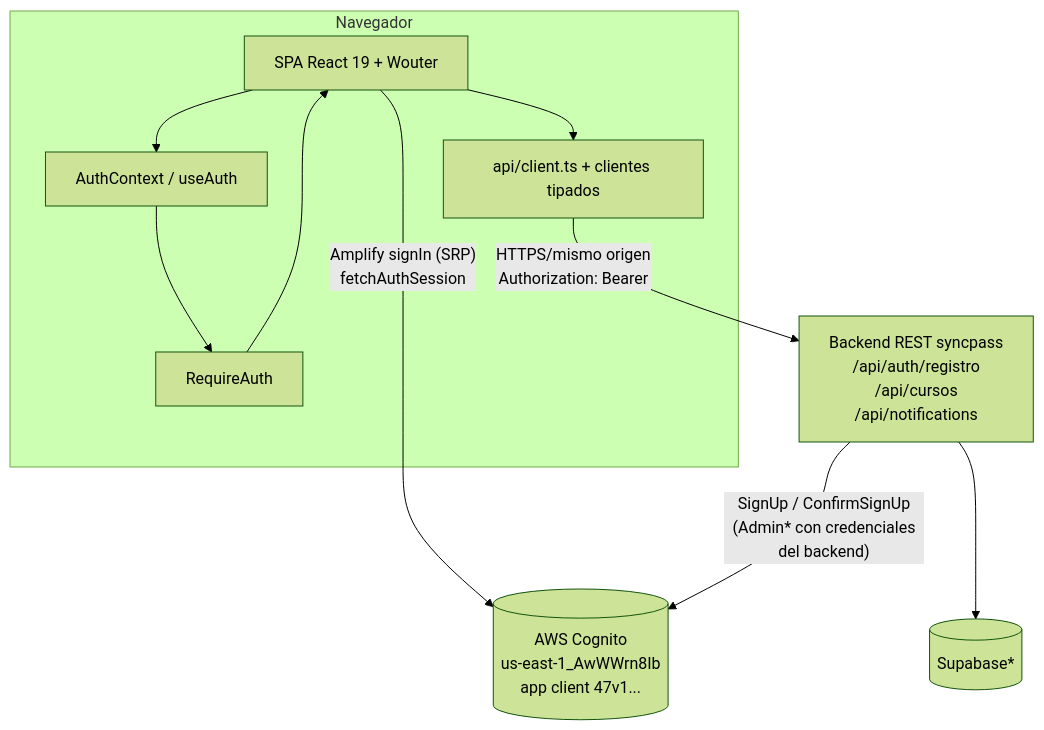
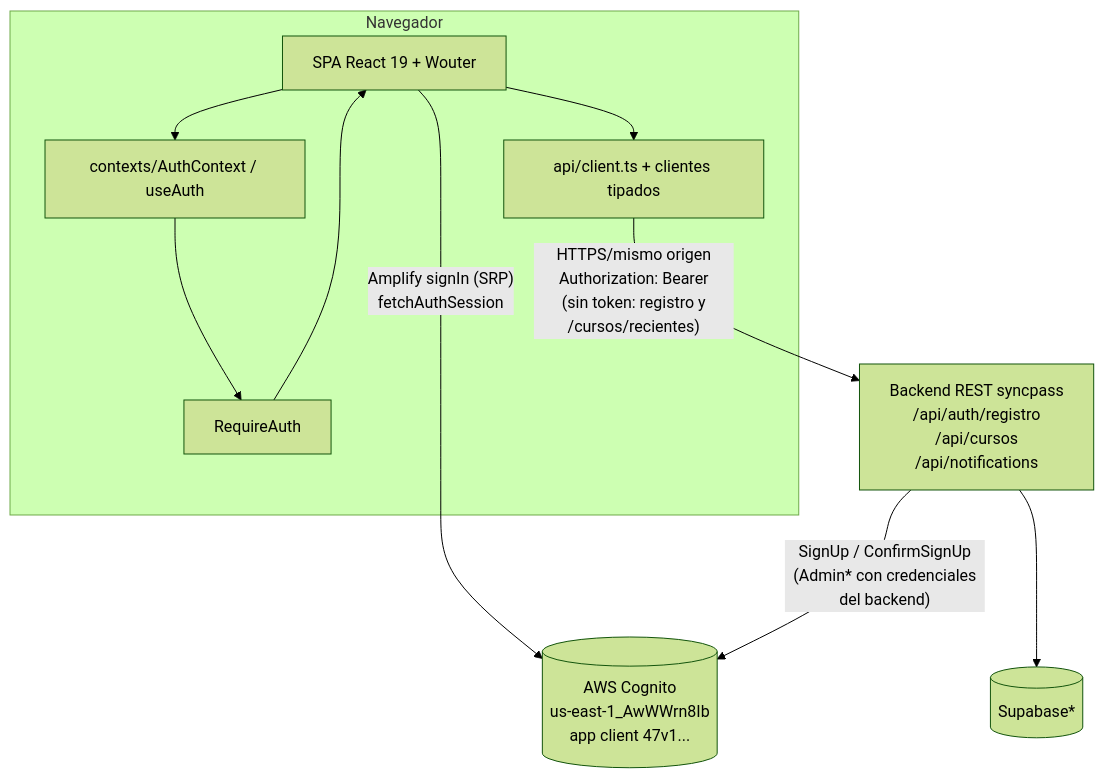
The second of 6 diagrams in docs/ARQUITECTURA.md (BastianGomez-Dc/fullstack2-proyecto-kt), drawn with Mermaid (forest theme) before and after one commit. The commit also changed other lines of this file and 9 other files, not shown here.

````diff
--- a/docs/ARQUITECTURA.md
+++ b/docs/ARQUITECTURA.md
@@ -45,19 +72,19 @@
 ```mermaid
 flowchart TD
     subgraph Navegador
       SPA[SPA React 19 + Wouter]
-      CTX[AuthContext / useAuth]
+      CTX[contexts/AuthContext / useAuth]
       API[api/client.ts + clientes tipados]
       GUARD[RequireAuth]
       SPA --> CTX --> GUARD --> SPA
       SPA --> API
     end
     COG[(AWS Cognito\n us-east-1_AwWWrn8Ib\n app client 47v1...)]
     BE[Backend REST syncpass\n /api/auth/registro\n /api/cursos\n /api/notifications]
     DB[(Supabase*)]
 
     SPA -- "Amplify signIn (SRP)\n fetchAuthSession" --> COG
-    API -- "HTTPS/mismo origen\n Authorization: Bearer <access token>" --> BE
+    API -- "HTTPS/mismo origen\n Authorization: Bearer <access token>\n (sin token: registro y /cursos/recientes)" --> BE
     BE -- "SignUp / ConfirmSignUp\n (Admin* con credenciales del backend)" --> COG
     BE --> DB
 ```
````
